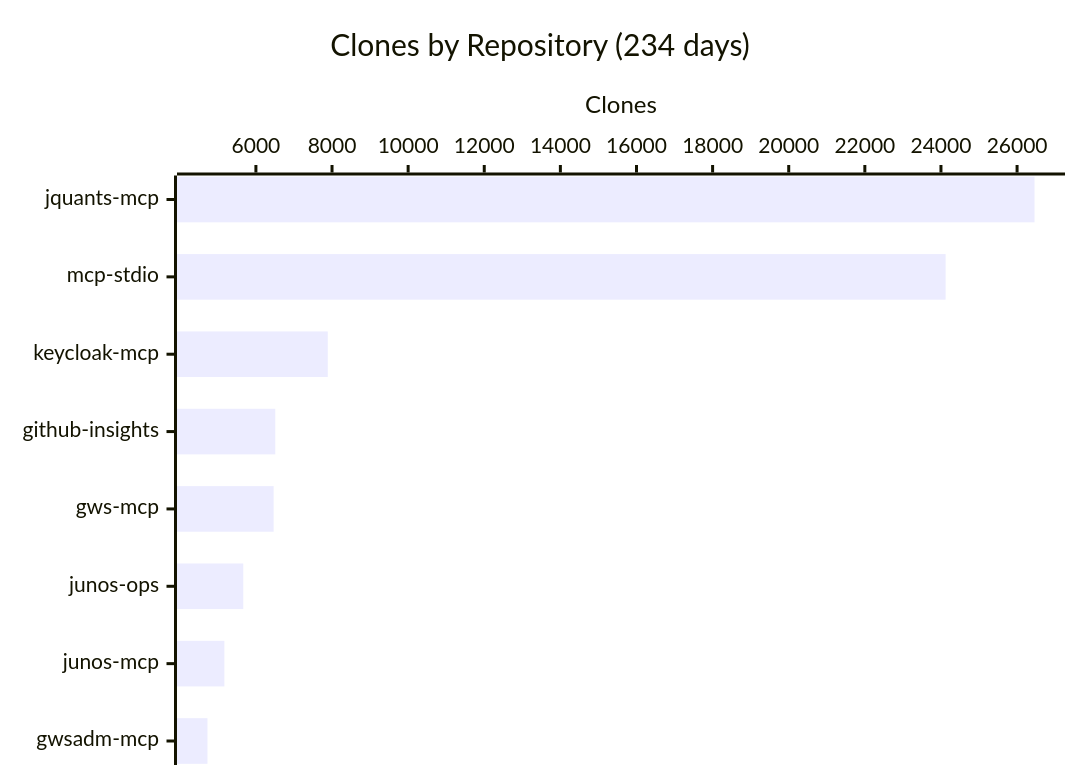
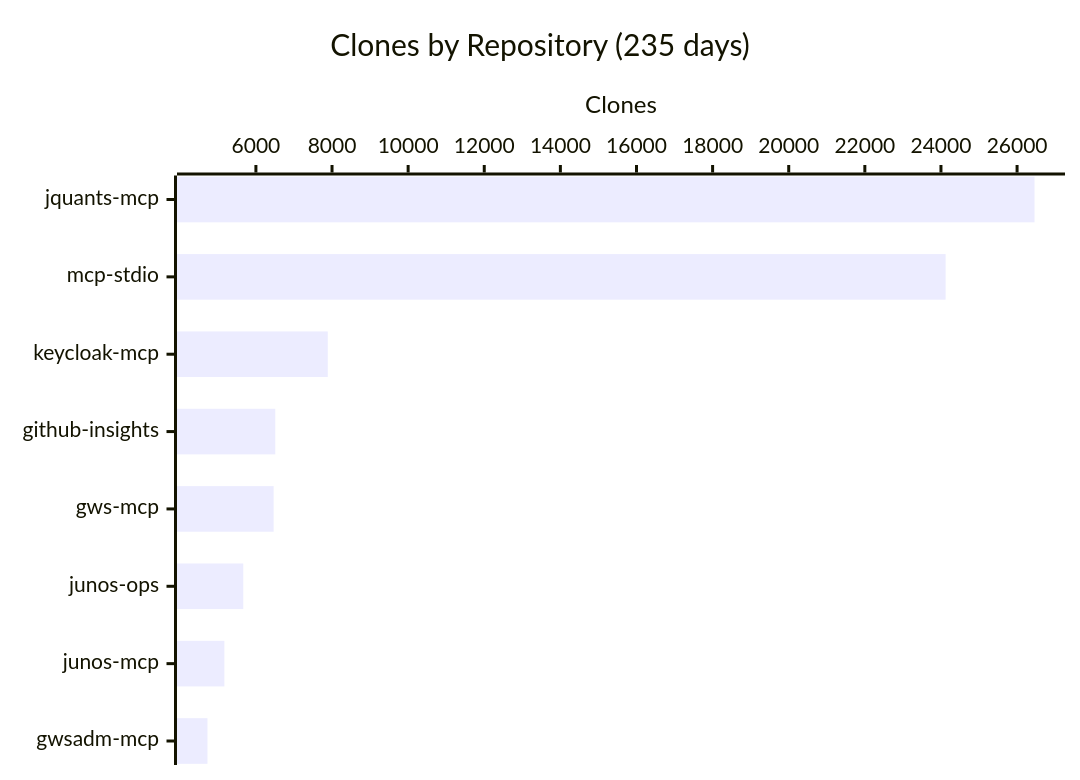
The fourth of 4 diagrams in README.md (shigechika/github-insights), drawn with Mermaid before and after one commit. The commit also changed other lines of this file and 1 other file, not shown here.

````diff
--- a/README.md
+++ b/README.md
@@ -58,7 +58,7 @@
 ```mermaid
 xychart-beta horizontal
-    title "Clones by Repository (234 days)"
+    title "Clones by Repository (235 days)"
     x-axis ["jquants-mcp", "mcp-stdio", "keycloak-mcp", "github-insights", "gws-mcp", "junos-ops", "junos-mcp", "gwsadm-mcp"]
     y-axis "Clones"
     bar [26459, 24122, 7888, 6509, 6466, 5668, 5171, 4727]
 ```
````
